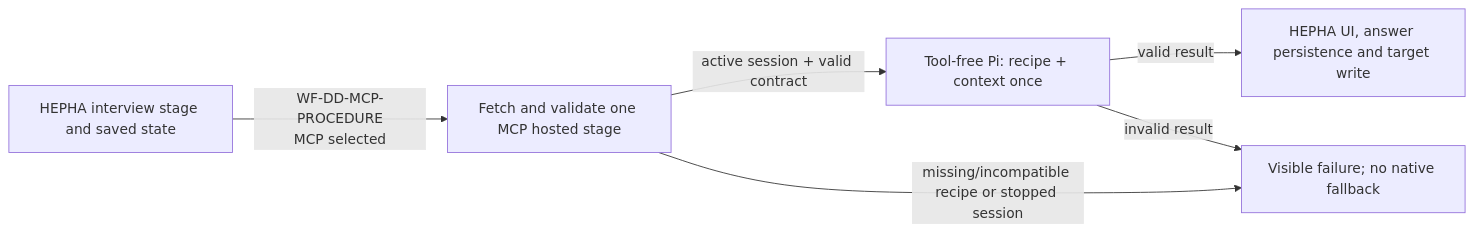
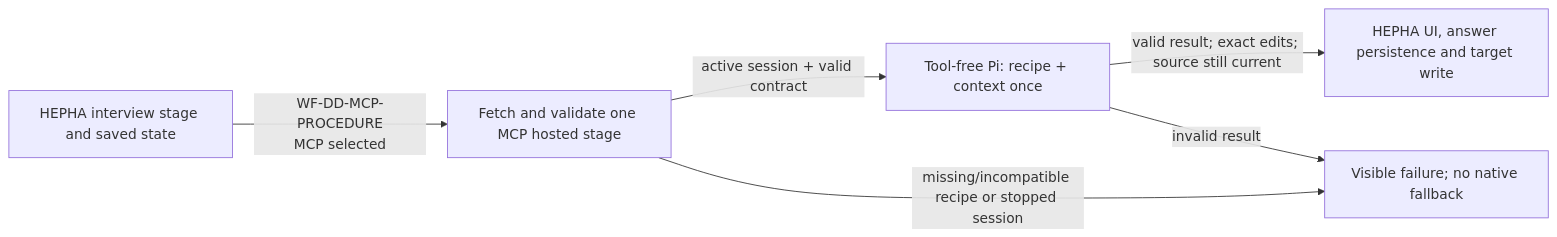
One commit to aboimpinto/AgenticDevelopmentProcess changed the fifth of 24 diagrams in docs/architecture/workflow-control-flow-map.md. Above: the diagram before and after it, drawn with Mermaid. The commit also changed other lines of this file and 20 other files, not shown here.

````diff
--- a/docs/architecture/workflow-control-flow-map.md
+++ b/docs/architecture/workflow-control-flow-map.md
@@ -942,8 +947,8 @@
 ```mermaid
 flowchart LR
   Interview["HEPHA interview stage and saved state"] -->|"WF-DD-MCP-PROCEDURE<br/>MCP selected"| HostedRecipe["Fetch and validate one MCP hosted stage"]
   HostedRecipe -->|"active session + valid contract"| InterviewModel["Tool-free Pi: recipe + context once"]
   HostedRecipe -->|"missing/incompatible recipe or stopped session"| InterviewFailure["Visible failure; no native fallback"]
-  InterviewModel -->|"valid result"| InterviewUI["HEPHA UI, answer persistence and target write"]
+  InterviewModel -->|"valid result; exact edits; source still current"| InterviewUI["HEPHA UI, answer persistence and target write"]
   InterviewModel -->|"invalid result"| InterviewFailure
 ```
````
